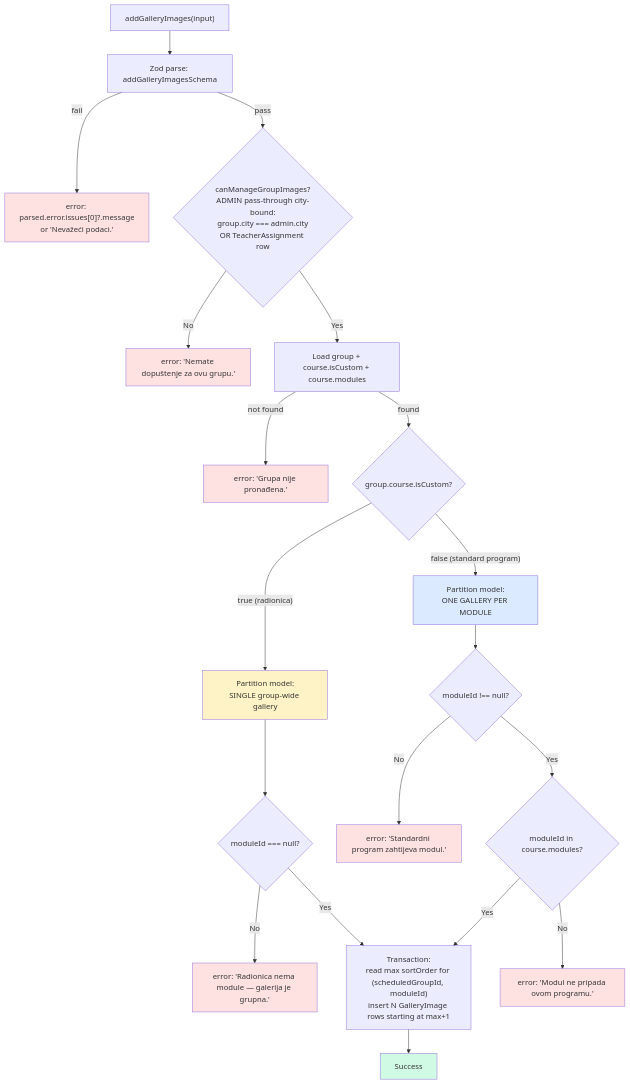
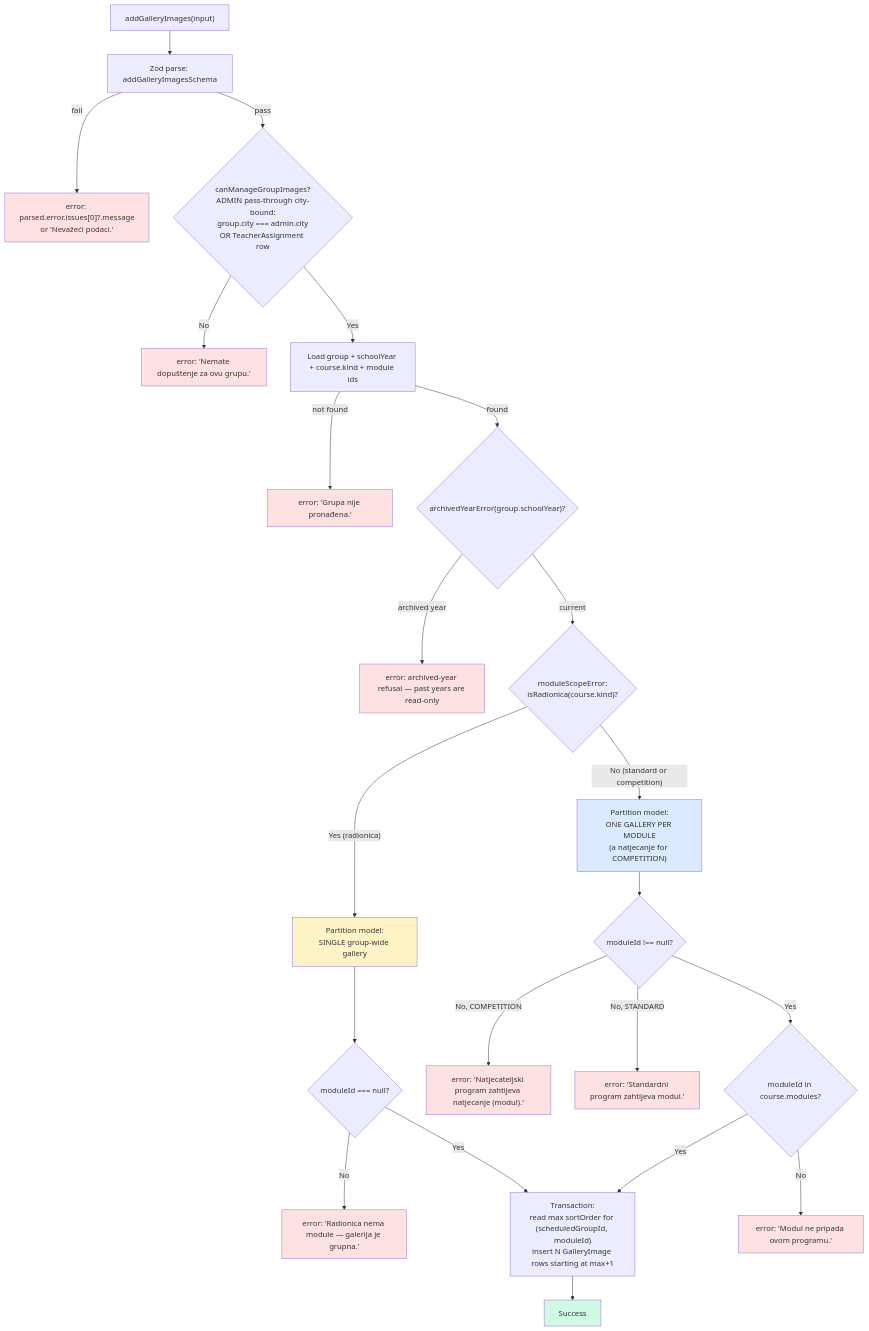
The first of 3 diagrams in docs/diagrams/gallery-scope.md (jpucic00/inovatic), drawn with Mermaid before and after one commit. The commit also changed other lines of this file and 7 other files, not shown here.

````diff
--- a/docs/diagrams/gallery-scope.md
+++ b/docs/diagrams/gallery-scope.md
@@ -14,34 +15,39 @@
 ```mermaid
 flowchart TD
     A["addGalleryImages(input)"] --> Z[Zod parse: addGalleryImagesSchema]
     Z -->|fail| ZE["error: parsed.error.issues[0]?.message<br/>or 'Nevažeći podaci.'"]
     Z -->|pass| P{canManageGroupImages?<br/>ADMIN pass-through city-bound:<br/>group.city === admin.city<br/>OR TeacherAssignment row}
     P -->|No| PE["error: 'Nemate dopuštenje za ovu grupu.'"]
-    P -->|Yes| L[Load group + course.isCustom + course.modules]
+    P -->|Yes| L[Load group + schoolYear + course.kind + module ids]
     L -->|not found| NF["error: 'Grupa nije pronađena.'"]
-    L -->|found| S{group.course.isCustom?}
+    L -->|found| AY{"archivedYearError(group.schoolYear)?"}
+    AY -->|"archived year"| AE["error: archived-year refusal — past years are read-only"]
+    AY -->|current| S{"moduleScopeError:<br/>isRadionica(course.kind)?"}
 
-    S -->|"true (radionica)"| R["Partition model:<br/>SINGLE group-wide gallery"]
+    S -->|"Yes (radionica)"| R["Partition model:<br/>SINGLE group-wide gallery"]
     R --> R1{moduleId === null?}
     R1 -->|No| RE["error: 'Radionica nema module — galerija je grupna.'"]
     R1 -->|Yes| INS
 
-    S -->|"false (standard program)"| ST["Partition model:<br/>ONE GALLERY PER MODULE"]
+    S -->|"No (standard or competition)"| ST["Partition model:<br/>ONE GALLERY PER MODULE<br/>(a natjecanje for COMPETITION)"]
     ST --> ST1{moduleId !== null?}
-    ST1 -->|No| SE1["error: 'Standardni program zahtijeva modul.'"]
+    ST1 -->|"No, COMPETITION"| SE0["error: 'Natjecateljski program zahtijeva natjecanje (modul).'"]
+    ST1 -->|"No, STANDARD"| SE1["error: 'Standardni program zahtijeva modul.'"]
     ST1 -->|Yes| ST2{moduleId in course.modules?}
     ST2 -->|No| SE2["error: 'Modul ne pripada ovom programu.'"]
     ST2 -->|Yes| INS
 
     INS["Transaction:<br/>read max sortOrder for (scheduledGroupId, moduleId)<br/>insert N GalleryImage rows starting at max+1"] --> OK[Success]
 
     style OK fill:#d1fae5
     style R fill:#fef3c7
     style ST fill:#dbeafe
     style ZE fill:#fee2e2
     style PE fill:#fee2e2
     style NF fill:#fee2e2
+    style AE fill:#fee2e2
     style RE fill:#fee2e2
+    style SE0 fill:#fee2e2
     style SE1 fill:#fee2e2
     style SE2 fill:#fee2e2
 ```
````
